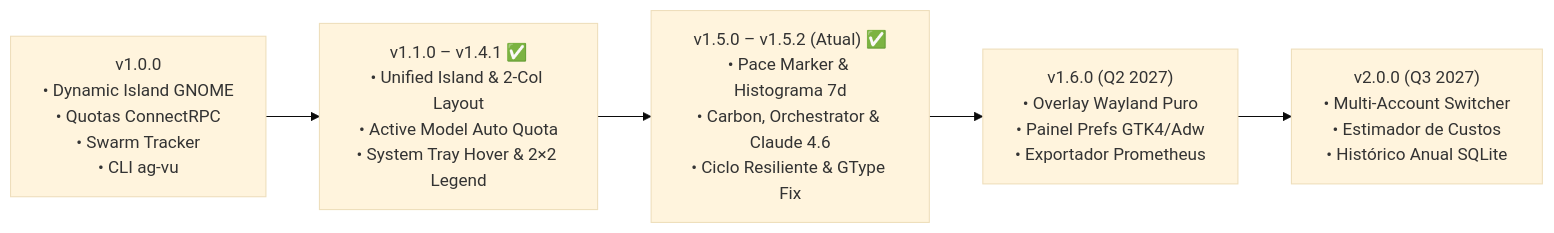
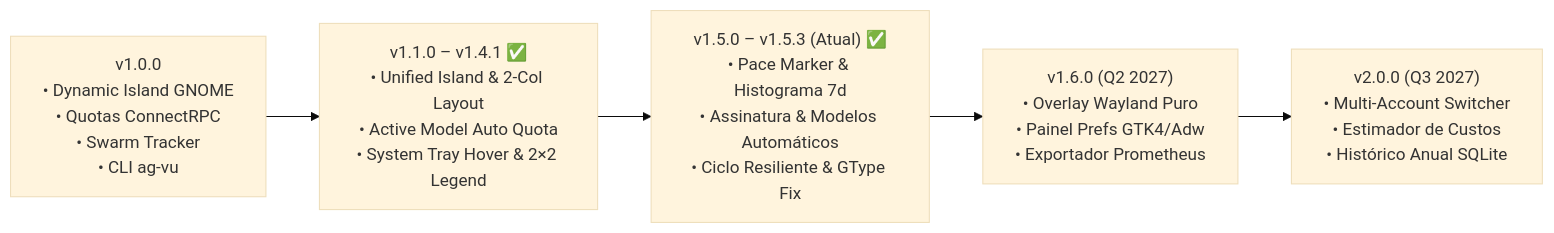
Before and after one commit to brendofreitas-dev/antigravity-vu-linux: the diagram in ROADMAP.md, drawn with Mermaid (base theme). The commit also changed other lines of this file and 4 other files, not shown here.

````diff
--- a/ROADMAP.md
+++ b/ROADMAP.md
@@ -9,10 +9,10 @@
 ```mermaid
 flowchart LR
     v10["v1.0.0<br/>• Dynamic Island GNOME<br/>• Quotas ConnectRPC<br/>• Swarm Tracker<br/>• CLI ag-vu"]
     v11["v1.1.0 – v1.4.1 ✅<br/>• Unified Island & 2-Col Layout<br/>• Active Model Auto Quota<br/>• System Tray Hover & 2×2 Legend"]
-    v15["v1.5.0 – v1.5.2 (Atual) ✅<br/>• Pace Marker & Histograma 7d<br/>• Carbon, Orchestrator & Claude 4.6<br/>• Ciclo Resiliente & GType Fix"]
+    v15["v1.5.0 – v1.5.3 (Atual) ✅<br/>• Pace Marker & Histograma 7d<br/>• Assinatura & Modelos Automáticos<br/>• Ciclo Resiliente & GType Fix"]
     v16["v1.6.0 (Q2 2027)<br/>• Overlay Wayland Puro<br/>• Painel Prefs GTK4/Adw<br/>• Exportador Prometheus"]
     v20["v2.0.0 (Q3 2027)<br/>• Multi-Account Switcher<br/>• Estimador de Custos<br/>• Histórico Anual SQLite"]
 
     v10 --> v11 --> v15 --> v16 --> v20
 ```
````
